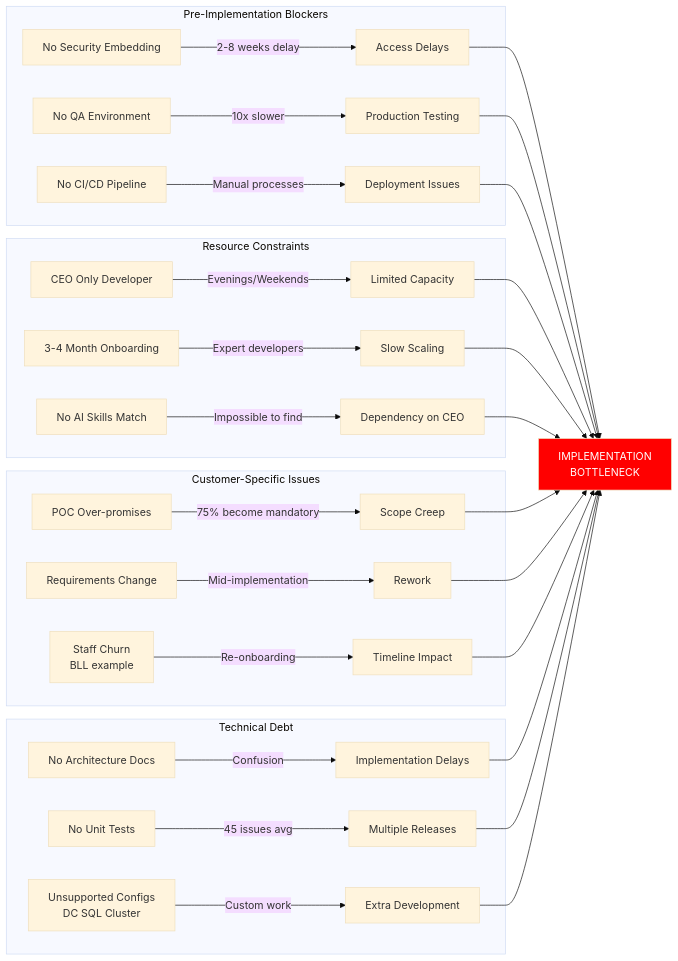
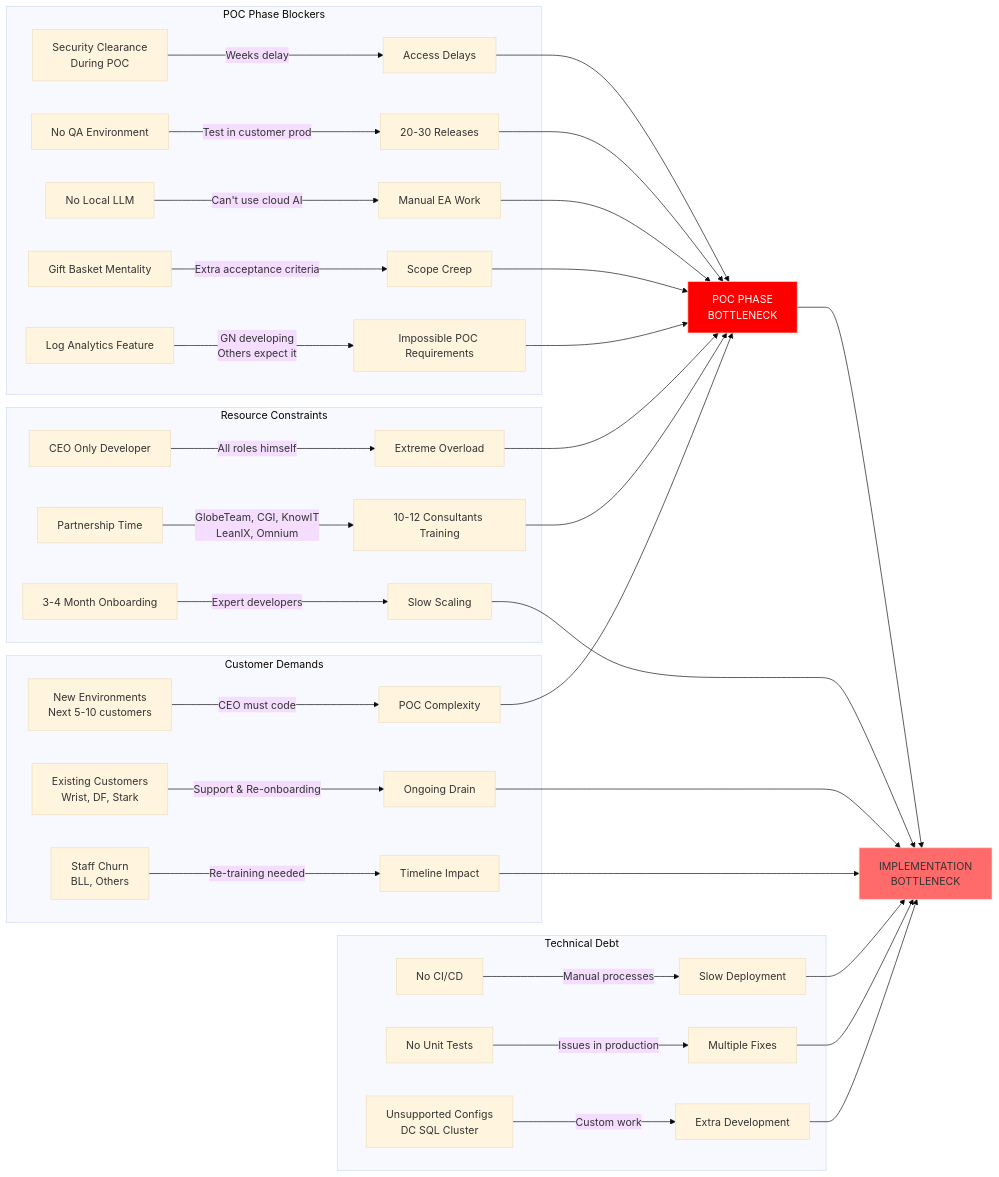
One commit to MortenSlotVinther/OmniTranscripts changed the second of 6 diagrams in processes/lead-to-cash/implementation-bottleneck-analysis.md. Above: the diagram before and after it, drawn with Mermaid (base theme). The commit also changed other lines of this file, not shown here.

First line of the commit message:
Update lead-to-cash implementation bottleneck analysis

````diff
--- a/processes/lead-to-cash/implementation-bottleneck-analysis.md
+++ b/processes/lead-to-cash/implementation-bottleneck-analysis.md
@@ -95,41 +97,48 @@
 ```mermaid
 graph LR
-    subgraph "Pre-Implementation Blockers"
-        B1[No Security Embedding] -->|2-8 weeks delay| B2[Access Delays]
-        B3[No QA Environment] -->|10x slower| B4[Production Testing]
-        B5[No CI/CD Pipeline] -->|Manual processes| B6[Deployment Issues]
+    subgraph "POC Phase Blockers"
+        B1[Security Clearance<br/>During POC] -->|Weeks delay| B2[Access Delays]
+        B3[No QA Environment] -->|Test in customer prod| B4[20-30 Releases]
+        B5[No Local LLM] -->|Can't use cloud AI| B6[Manual EA Work]
+        B7[Gift Basket Mentality] -->|Extra acceptance criteria| B8[Scope Creep]
+        B9[Log Analytics Feature] -->|GN developing<br/>Others expect it| B10[Impossible POC Requirements]
     end
 
     subgraph "Resource Constraints"
-        R1[CEO Only Developer] -->|Evenings/Weekends| R2[Limited Capacity]
-        R3[3-4 Month Onboarding] -->|Expert developers| R4[Slow Scaling]
-        R5[No AI Skills Match] -->|Impossible to find| R6[Dependency on CEO]
+        R1[CEO Only Developer] -->|All roles himself| R2[Extreme Overload]
+        R3[Partnership Time] -->|GlobeTeam, CGI, KnowIT<br/>LeanIX, Omnium| R4[10-12 Consultants Training]
+        R5[3-4 Month Onboarding] -->|Expert developers| R6[Slow Scaling]
     end
 
-    subgraph "Customer-Specific Issues"
-        C1[POC Over-promises] -->|75% become mandatory| C2[Scope Creep]
-        C3[Requirements Change] -->|Mid-implementation| C4[Rework]
-        C5[Staff Churn<br/>BLL example] -->|Re-onboarding| C6[Timeline Impact]
+    subgraph "Customer Demands"
+        C1[New Environments<br/>Next 5-10 customers] -->|CEO must code| C2[POC Complexity]
+        C3[Existing Customers<br/>Wrist, DF, Stark] -->|Support & Re-onboarding| C4[Ongoing Drain]
+        C5[Staff Churn<br/>BLL, Others] -->|Re-training needed| C6[Timeline Impact]
     end
 
     subgraph "Technical Debt"
-        T1[No Architecture Docs] -->|Confusion| T2[Implementation Delays]
-        T3[No Unit Tests] -->|45 issues avg| T4[Multiple Releases]
+        T1[No CI/CD] -->|Manual processes| T2[Slow Deployment]
+        T3[No Unit Tests] -->|Issues in production| T4[Multiple Fixes]
         T5[Unsupported Configs<br/>DC SQL Cluster] -->|Custom work| T6[Extra Development]
     end
 
-    B2 --> I[IMPLEMENTATION<br/>BOTTLENECK]
-    B4 --> I
-    B6 --> I
-    R2 --> I
-    R4 --> I
-    R6 --> I
-    C2 --> I
-    C4 --> I
-    C6 --> I
-    T2 --> I
-    T4 --> I
-    T6 --> I
+    B2 --> POC[POC PHASE<br/>BOTTLENECK]
+    B4 --> POC
+    B6 --> POC
+    B8 --> POC
+    B10 --> POC
+    R2 --> POC
+    R4 --> POC
+    C2 --> POC
+    
+    POC --> IMP[IMPLEMENTATION<br/>BOTTLENECK]
+    R6 --> IMP
+    C4 --> IMP
+    C6 --> IMP
+    T2 --> IMP
+    T4 --> IMP
+    T6 --> IMP
 
-    style I fill:#ff0000,color:#fff
+    style POC fill:#ff0000,color:#fff
+    style IMP fill:#ff6b6b
 ```
````
